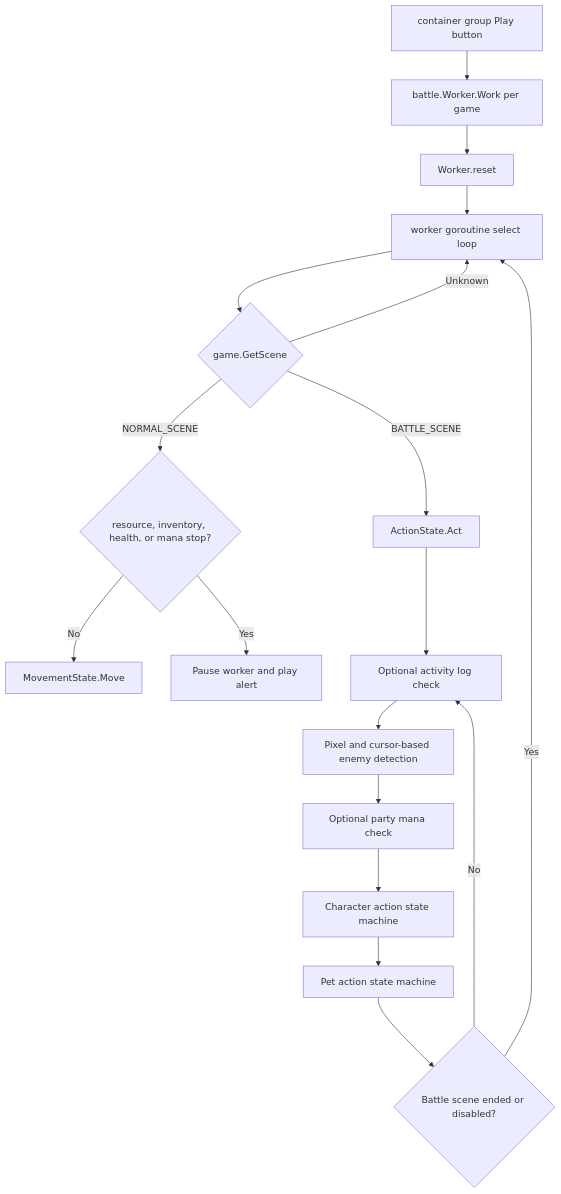
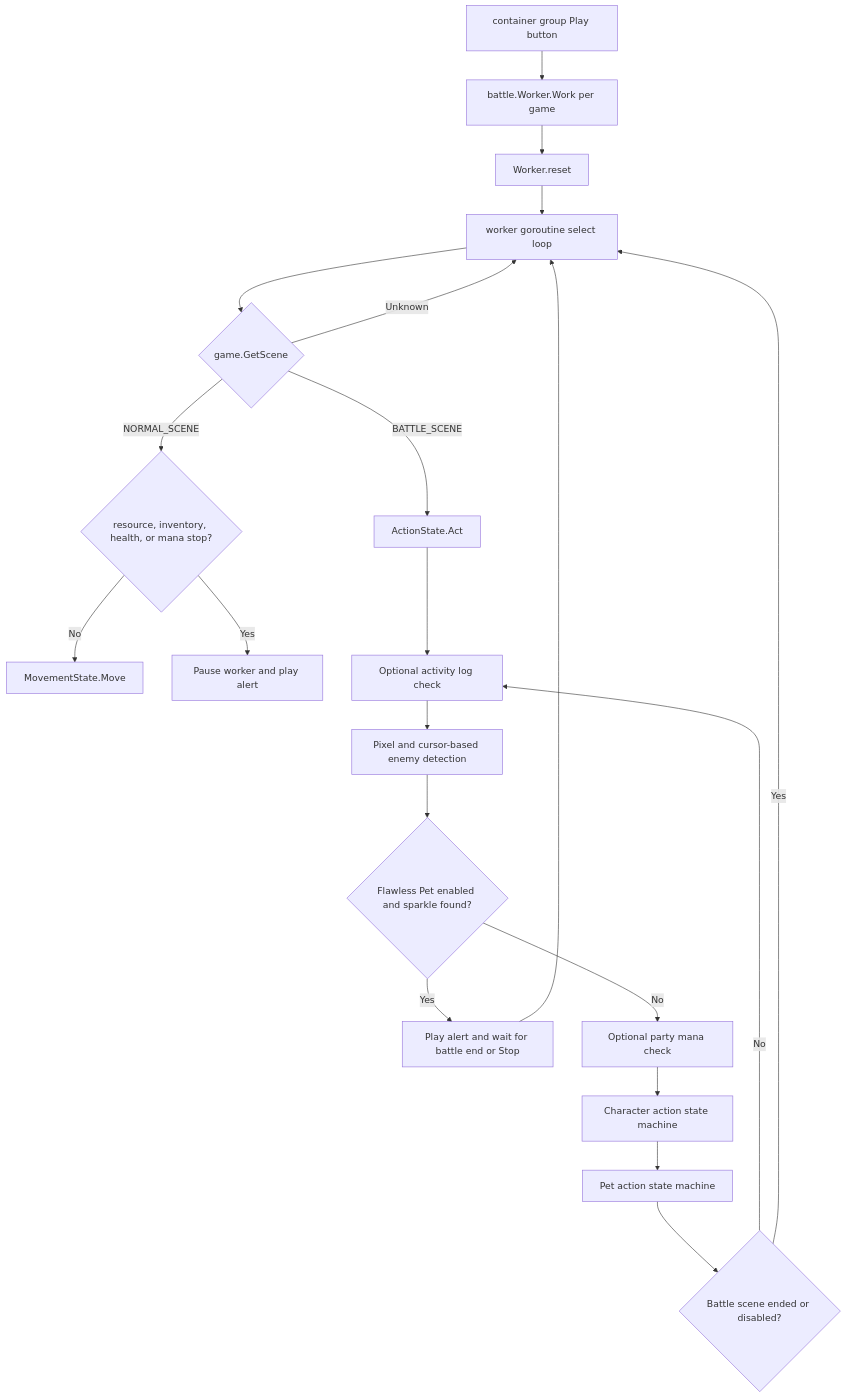
Before and after one commit to g70245/cg: the third of 4 diagrams in docs/architecture.md, drawn with Mermaid. The commit also changed other lines of this file and 8 other files, not shown here.

Commit message:
feat: add flawless pet monitoring

````diff
--- a/docs/architecture.md
+++ b/docs/architecture.md
@@ -284,21 +284,24 @@
 ```mermaid
 flowchart TD
     Play[container group Play button] --> Work[battle.Worker.Work per game]
     Work --> Reset[Worker.reset]
     Reset --> Loop[worker goroutine select loop]
     Loop --> Scene{game.GetScene}
     Scene -->|BATTLE_SCENE| Act[ActionState.Act]
     Scene -->|NORMAL_SCENE| StopReason{resource, inventory, health, or mana stop?}
     StopReason -->|No| Move[MovementState.Move]
     StopReason -->|Yes| Alert[Pause worker and play alert]
     Scene -->|Unknown| Loop
 
     Act --> Activity[Optional activity log check]
     Activity --> Enemies[Pixel and cursor-based enemy detection]
-    Enemies --> Mana[Optional party mana check]
+    Enemies --> Flawless{Flawless Pet enabled and sparkle found?}
+    Flawless -->|Yes| FlawlessAlert[Play alert and wait for battle end or Stop]
+    FlawlessAlert --> Loop
+    Flawless -->|No| Mana[Optional party mana check]
     Mana --> Character[Character action state machine]
     Character --> Pet[Pet action state machine]
     Pet --> BattleEnd{Battle scene ended or disabled?}
     BattleEnd -->|No| Activity
     BattleEnd -->|Yes| Loop
 ```
````
